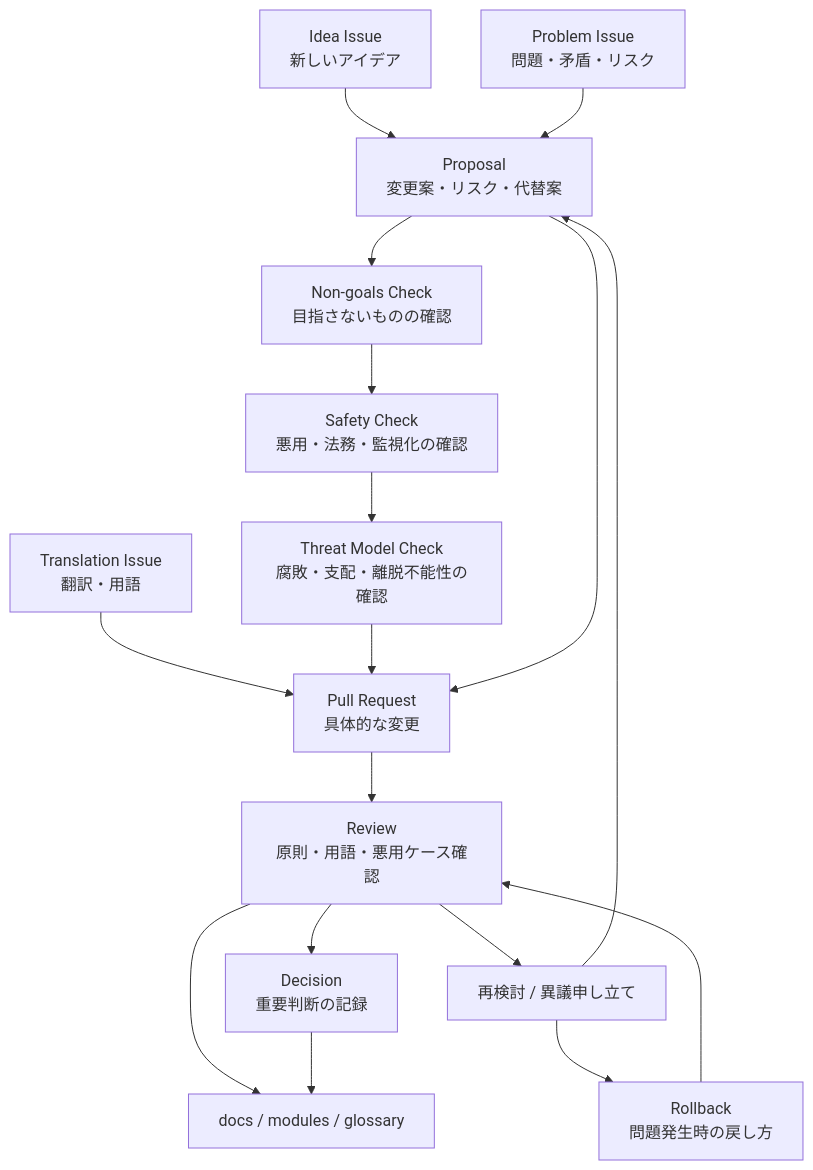
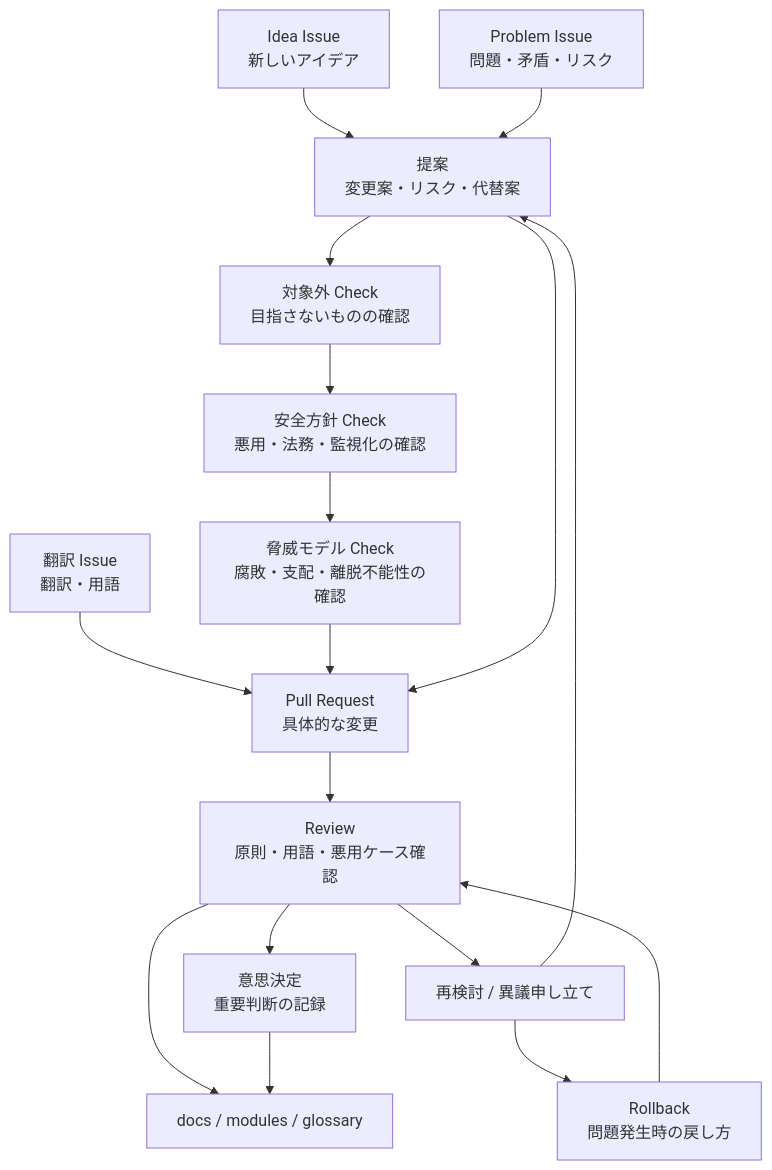
One commit to acecore-systems/world-foundation changed the diagram in assets/diagrams/03-governance-process.md. Above: the diagram before and after it, drawn with Mermaid. The commit also changed other lines of this file and 47 other files, not shown here.

````diff
--- a/assets/diagrams/03-governance-process.md
+++ b/assets/diagrams/03-governance-process.md
@@ -5,40 +5,40 @@
 ```mermaid
 flowchart TD
   Idea["Idea Issue<br/>新しいアイデア"]
   Problem["Problem Issue<br/>問題・矛盾・リスク"]
-  Translation["Translation Issue<br/>翻訳・用語"]
-  NonGoals["Non-goals Check<br/>目指さないものの確認"]
-  Safety["Safety Check<br/>悪用・法務・監視化の確認"]
-  Threat["Threat Model Check<br/>腐敗・支配・離脱不能性の確認"]
-  Proposal["Proposal<br/>変更案・リスク・代替案"]
+  翻訳["翻訳 Issue<br/>翻訳・用語"]
+  NonGoals["対象外 Check<br/>目指さないものの確認"]
+  安全方針["安全方針 Check<br/>悪用・法務・監視化の確認"]
+  Threat["脅威モデル Check<br/>腐敗・支配・離脱不能性の確認"]
+  提案["提案<br/>変更案・リスク・代替案"]
   PullRequest["Pull Request<br/>具体的な変更"]
   Review["Review<br/>原則・用語・悪用ケース確認"]
-  Decision["Decision<br/>重要判断の記録"]
+  意思決定["意思決定<br/>重要判断の記録"]
   Docs["docs / modules / glossary"]
   Reopen["再検討 / 異議申し立て"]
   Rollback["Rollback<br/>問題発生時の戻し方"]
 
-  Idea --> Proposal
-  Problem --> Proposal
-  Translation --> PullRequest
-  Proposal --> NonGoals
-  NonGoals --> Safety
-  Safety --> Threat
+  Idea --> 提案
+  Problem --> 提案
+  翻訳 --> PullRequest
+  提案 --> NonGoals
+  NonGoals --> 安全方針
+  安全方針 --> Threat
   Threat --> PullRequest
-  Proposal --> PullRequest
+  提案 --> PullRequest
   PullRequest --> Review
   Review --> Docs
-  Review --> Decision
-  Decision --> Docs
+  Review --> 意思決定
+  意思決定 --> Docs
   Review --> Reopen
-  Reopen --> Proposal
+  Reopen --> 提案
   Reopen --> Rollback
   Rollback --> Review
 
-  click NonGoals "../../docs/ja/04-non-goals.md" "Non-goals"
-  click Safety "../../SAFETY.md" "Safety"
-  click Threat "../../docs/ja/05-threat-model.md" "Threat Model"
-  click Proposal "../../proposals/ja/README.md" "Proposals"
-  click Decision "../../decisions/ja/README.md" "Decisions"
+  click NonGoals "../../docs/ja/04-non-goals.md" "対象外"
+  click 安全方針 "../../SAFETY.md" "安全方針"
+  click Threat "../../docs/ja/05-threat-model.md" "脅威モデル"
+  click 提案 "../../proposals/ja/README.md" "提案"
+  click 意思決定 "../../decisions/ja/README.md" "意思決定"
   click Docs "../../docs/ja/README.md" "docs / modules / glossary"
 ```
````
